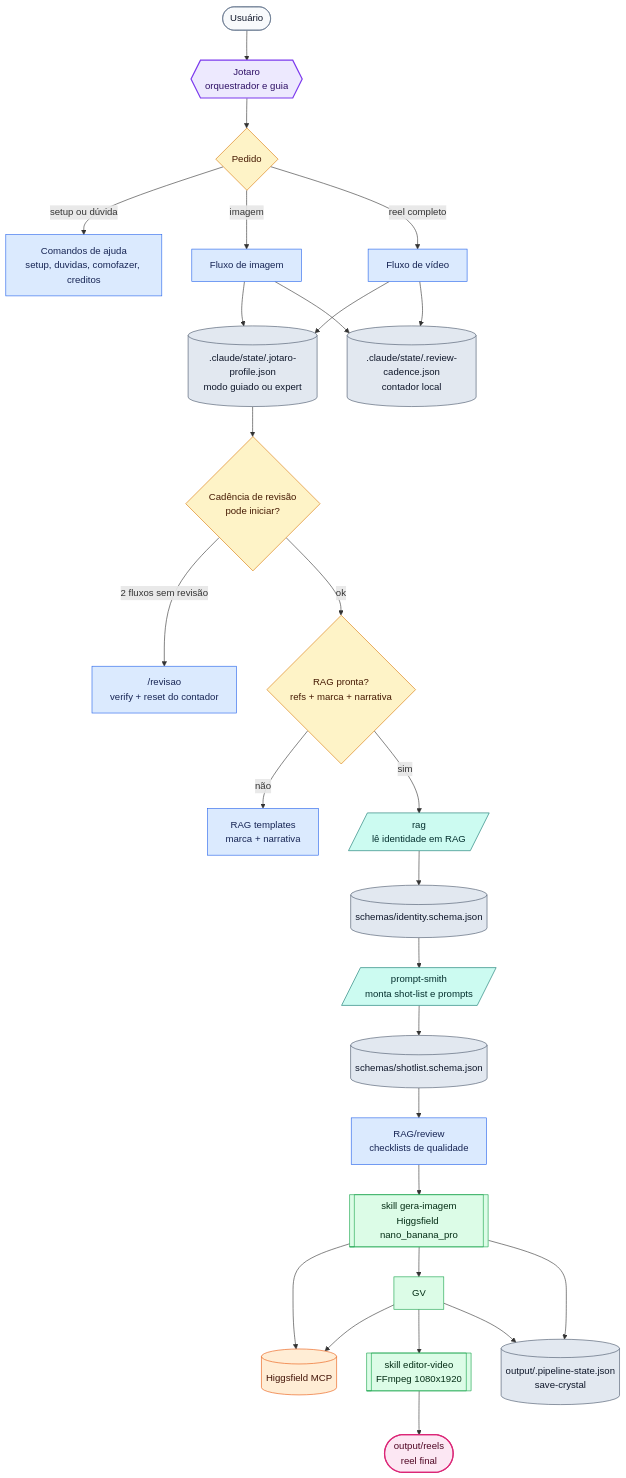
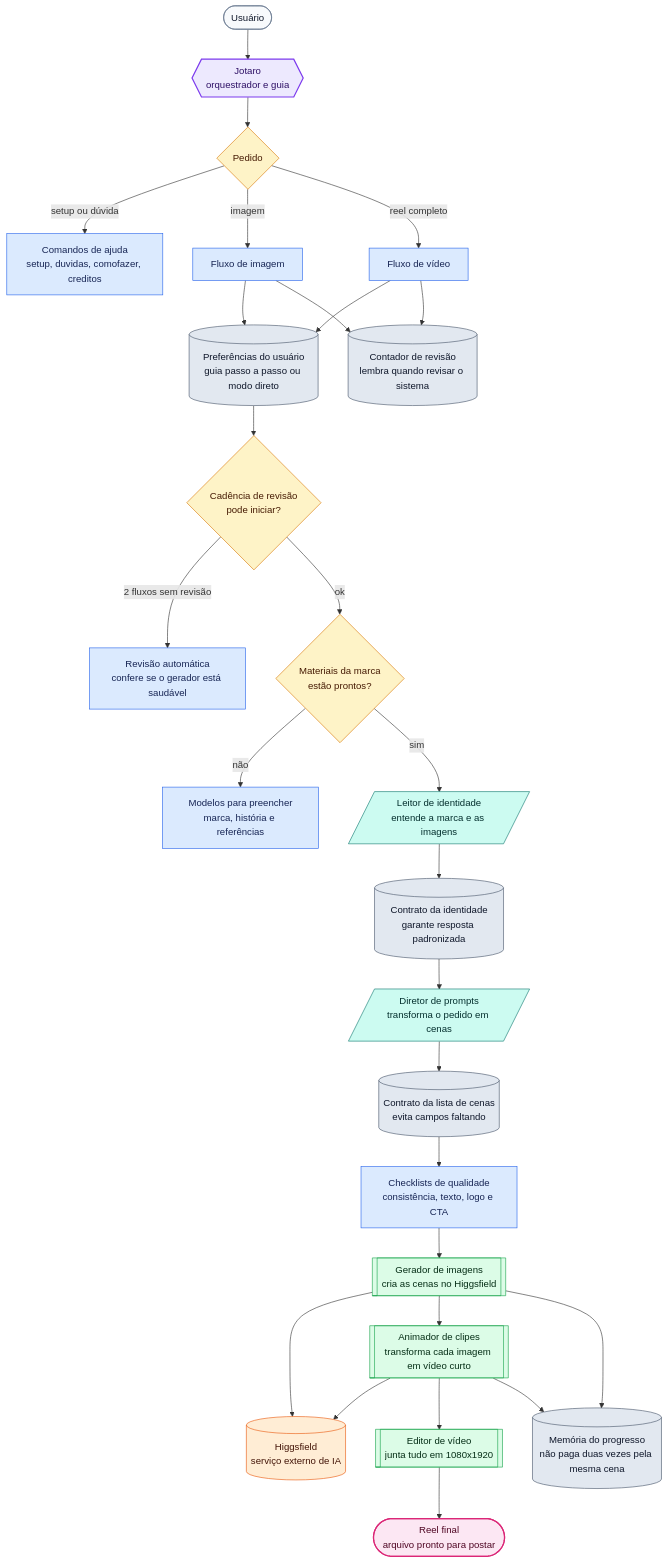
The first of 2 diagrams in README.md (Joaoppob/trampolean-image-video-generator), drawn with Mermaid before and after one commit. The commit also changed other lines of this file, not shown here.

````diff
--- a/README.md
+++ b/README.md
@@ -75,54 +75,54 @@
 ```mermaid
 flowchart TD
   U([Usuário]) --> J{{Jotaro<br/>orquestrador e guia}}
 
   J --> S{Pedido}
   S -->|"setup ou dúvida"| HELP["Comandos de ajuda<br/>setup, duvidas, comofazer, creditos"]
   S -->|"imagem"| IMG_FLOW["Fluxo de imagem"]
   S -->|"reel completo"| VID_FLOW["Fluxo de vídeo"]
 
-  IMG_FLOW --> PROF[(".claude/state/.jotaro-profile.json<br/>modo guiado ou expert")]
+  IMG_FLOW --> PROF[("Preferências do usuário<br/>guia passo a passo ou modo direto")]
   VID_FLOW --> PROF
   PROF --> C1{"Cadência de revisão<br/>pode iniciar?"}
-  C1 -->|"2 fluxos sem revisão"| REV["/revisao<br/>verify + reset do contador"]
-  C1 -->|"ok"| RAG_READY{"RAG pronta?<br/>refs + marca + narrativa"}
-  RAG_READY -->|"não"| RAG_FIX["RAG templates<br/>marca + narrativa"]
-  RAG_READY -->|"sim"| RAG[/rag<br/>lê identidade em RAG/]
+  C1 -->|"2 fluxos sem revisão"| REV["Revisão automática<br/>confere se o gerador está saudável"]
+  C1 -->|"ok"| RAG_READY{"Materiais da marca<br/>estão prontos?"}
+  RAG_READY -->|"não"| RAG_FIX["Modelos para preencher<br/>marca, história e referências"]
+  RAG_READY -->|"sim"| RAG[/Leitor de identidade<br/>entende a marca e as imagens/]
 
-  RAG --> ID_SCHEMA[("schemas/identity.schema.json")]
-  ID_SCHEMA --> PS[/prompt-smith<br/>monta shot-list e prompts/]
-  PS --> SHOT_SCHEMA[("schemas/shotlist.schema.json")]
-  SHOT_SCHEMA --> REVIEW["RAG/review<br/>checklists de qualidade"]
-  REVIEW --> GI[[skill gera-imagem<br/>Higgsfield nano_banana_pro]]
-  GI --> HF[("Higgsfield MCP")]
+  RAG --> ID_SCHEMA[("Contrato da identidade<br/>garante resposta padronizada")]
+  ID_SCHEMA --> PS[/Diretor de prompts<br/>transforma o pedido em cenas/]
+  PS --> SHOT_SCHEMA[("Contrato da lista de cenas<br/>evita campos faltando")]
+  SHOT_SCHEMA --> REVIEW["Checklists de qualidade<br/>consistência, texto, logo e CTA"]
+  REVIEW --> GI[[Gerador de imagens<br/>cria as cenas no Higgsfield]]
+  GI --> HF[("Higgsfield<br/>serviço externo de IA")]
 
-  GI --> GV
+  GI --> GV[[Animador de clipes<br/>transforma cada imagem em vídeo curto]]
   GV --> HF
-  GV --> ED[[skill editor-video<br/>FFmpeg 1080x1920]]
-  ED --> OUT([output/reels<br/>reel final])
+  GV --> ED[[Editor de vídeo<br/>junta tudo em 1080x1920]]
+  ED --> OUT([Reel final<br/>arquivo pronto para postar])
 
-  GI --> STATE[("output/.pipeline-state.json<br/>save-crystal")]
+  GI --> STATE[("Memória do progresso<br/>não paga duas vezes pela mesma cena")]
   GV --> STATE
-  IMG_FLOW --> RC[(".claude/state/.review-cadence.json<br/>contador local")]
+  IMG_FLOW --> RC[("Contador de revisão<br/>lembra quando revisar o sistema")]
   VID_FLOW --> RC
 
   classDef user fill:#f8fafc,stroke:#64748b,color:#0f172a,stroke-width:1px;
   classDef orchestrator fill:#ede9fe,stroke:#7c3aed,color:#2e1065,stroke-width:2px;
   classDef decision fill:#fef3c7,stroke:#d97706,color:#451a03,stroke-width:1px;
   classDef command fill:#dbeafe,stroke:#2563eb,color:#172554,stroke-width:1px;
   classDef agent fill:#ccfbf1,stroke:#0f766e,color:#042f2e,stroke-width:1px;
   classDef skill fill:#dcfce7,stroke:#16a34a,color:#052e16,stroke-width:1px;
   classDef state fill:#e2e8f0,stroke:#475569,color:#0f172a,stroke-width:1px;
   classDef external fill:#ffedd5,stroke:#ea580c,color:#431407,stroke-width:1px;
   classDef output fill:#fce7f3,stroke:#db2777,color:#500724,stroke-width:2px;
 
   class U user;
   class J orchestrator;
   class S,C1,RAG_READY decision;
   class HELP,IMG_FLOW,VID_FLOW,REV,RAG_FIX,REVIEW command;
   class RAG,PS agent;
   class GI,GV,ED skill;
   class PROF,ID_SCHEMA,SHOT_SCHEMA,STATE,RC state;
   class HF external;
   class OUT output;
 ```
````
